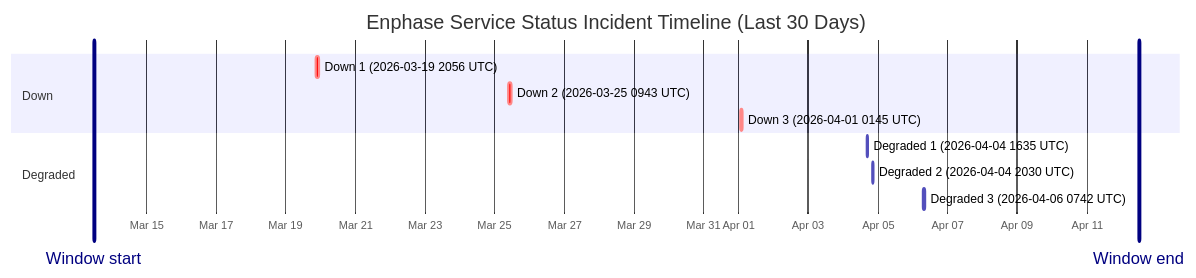
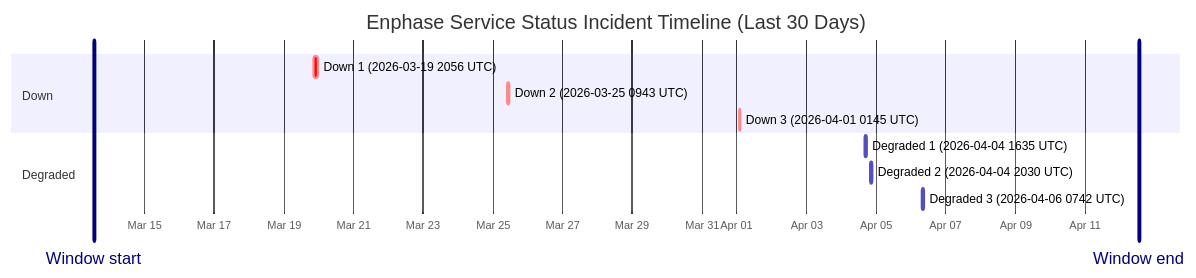
One commit to barneyonline/ha-enphase-ev-charger changed the diagram in wiki/Service-Status-History.md. Above: the diagram before and after it, drawn with Mermaid. The commit also changed other lines of this file and 3 other files, not shown here.

````diff
--- a/wiki/Service-Status-History.md
+++ b/wiki/Service-Status-History.md
@@ -14,16 +14,16 @@
 ```mermaid
 gantt
     title Enphase Service Status Incident Timeline (Last 30 Days)
     dateFormat  YYYY-MM-DDTHH:mm:ss
     axisFormat  %b %d
-    Window start :vert, window-start, 2026-03-13T11:56:12, 0ms
-    Window end :vert, window-end, 2026-04-12T11:56:12, 0ms
+    Window start :vert, window-start, 2026-03-13T13:05:39, 0ms
+    Window end :vert, window-end, 2026-04-12T13:05:39, 0ms
     section Down
     Down 1 (2026-03-19 2056 UTC) :crit, down-1, 2026-03-19T20:56:20, 145m
     Down 2 (2026-03-25 0943 UTC) :crit, down-2, 2026-03-25T09:43:28, 111m
     Down 3 (2026-04-01 0145 UTC) :crit, down-3, 2026-04-01T01:45:09, 60m
     section Degraded
     Degraded 1 (2026-04-04 1635 UTC) :active, degraded-1, 2026-04-04T16:35:17, 60m
     Degraded 2 (2026-04-04 2030 UTC) :active, degraded-2, 2026-04-04T20:30:40, 60m
     Degraded 3 (2026-04-06 0742 UTC) :active, degraded-3, 2026-04-06T07:42:09, 85m
 ```
````
